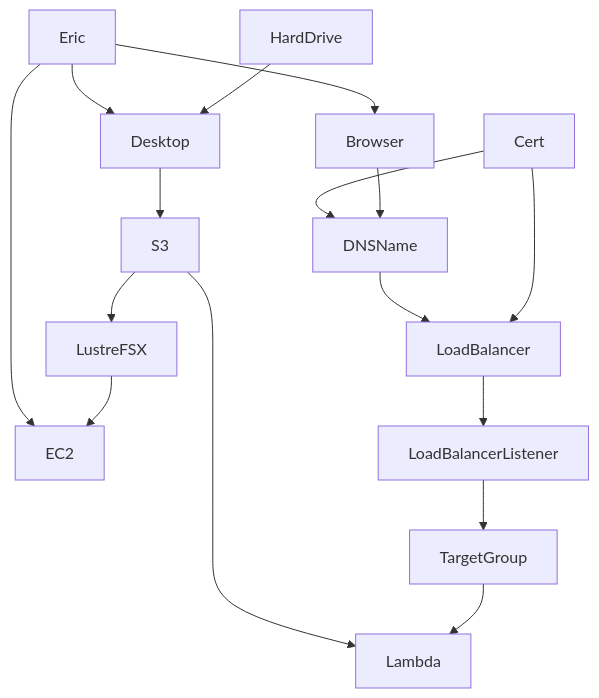
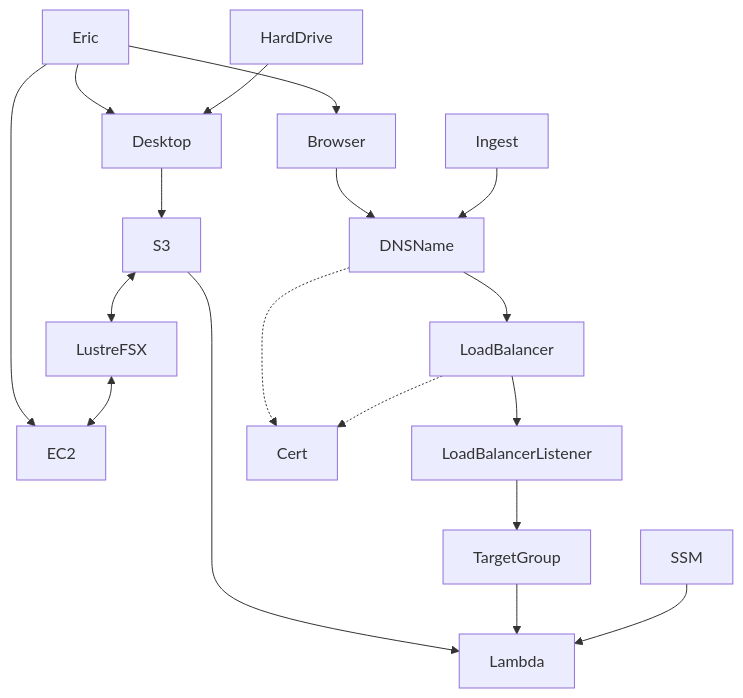
The diagram in design/content-ingest-2024/README.md (CDLUC3/mrt-doc), drawn with Mermaid before and after one commit.

````diff
--- a/design/content-ingest-2024/README.md
+++ b/design/content-ingest-2024/README.md
@@ -3,19 +3,21 @@
 ```mermaid
 graph TD
   Eric
   Eric --> Desktop
   Eric --> Browser
   Eric --> EC2
   HardDrive --> Desktop
   Desktop --> S3
-  S3 --> LustreFSX
+  S3 <--> LustreFSX
   S3 --> Lambda
-  LustreFSX --> EC2
+  LustreFSX <--> EC2
   LoadBalancer --> LoadBalancerListener
   LoadBalancerListener --> TargetGroup
   TargetGroup --> Lambda
   DNSName --> LoadBalancer
-  Cert --> DNSName
-  Cert --> LoadBalancer
+  DNSName -.-> Cert
+  LoadBalancer -.-> Cert
   Browser --> DNSName
+  Ingest --> DNSName
+  SSM --> Lambda
 ```
````
